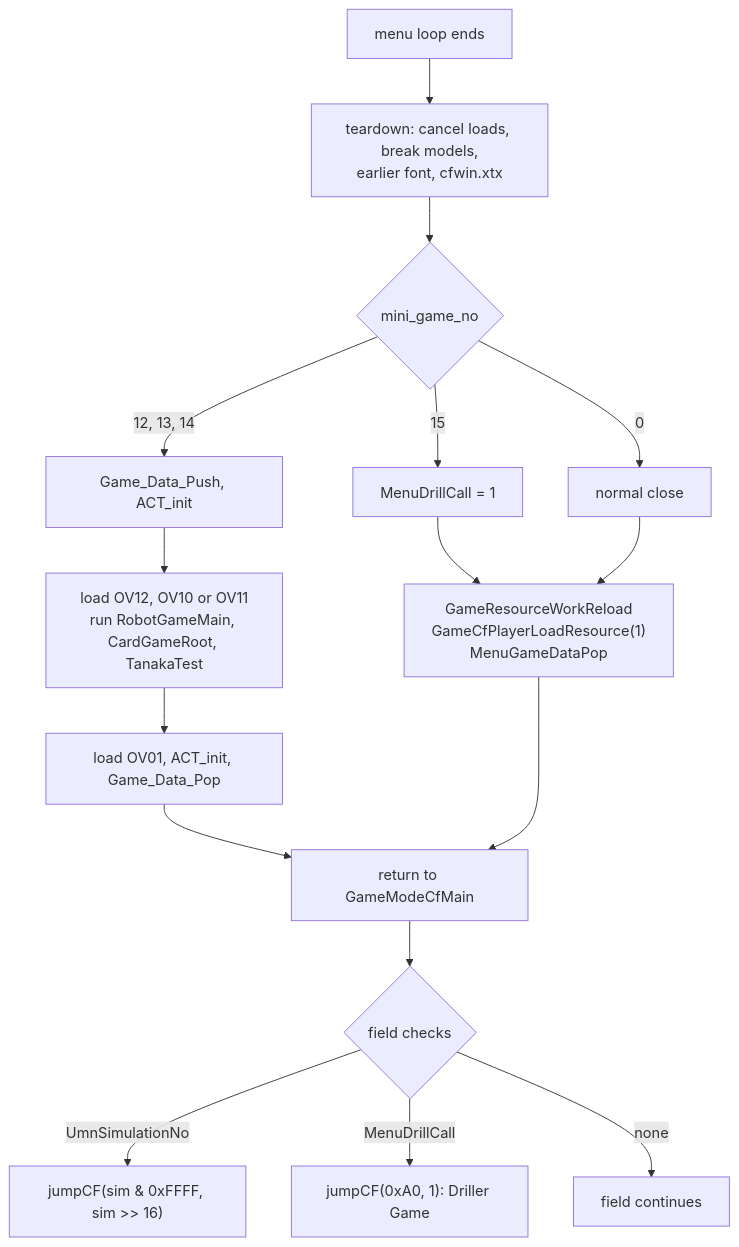
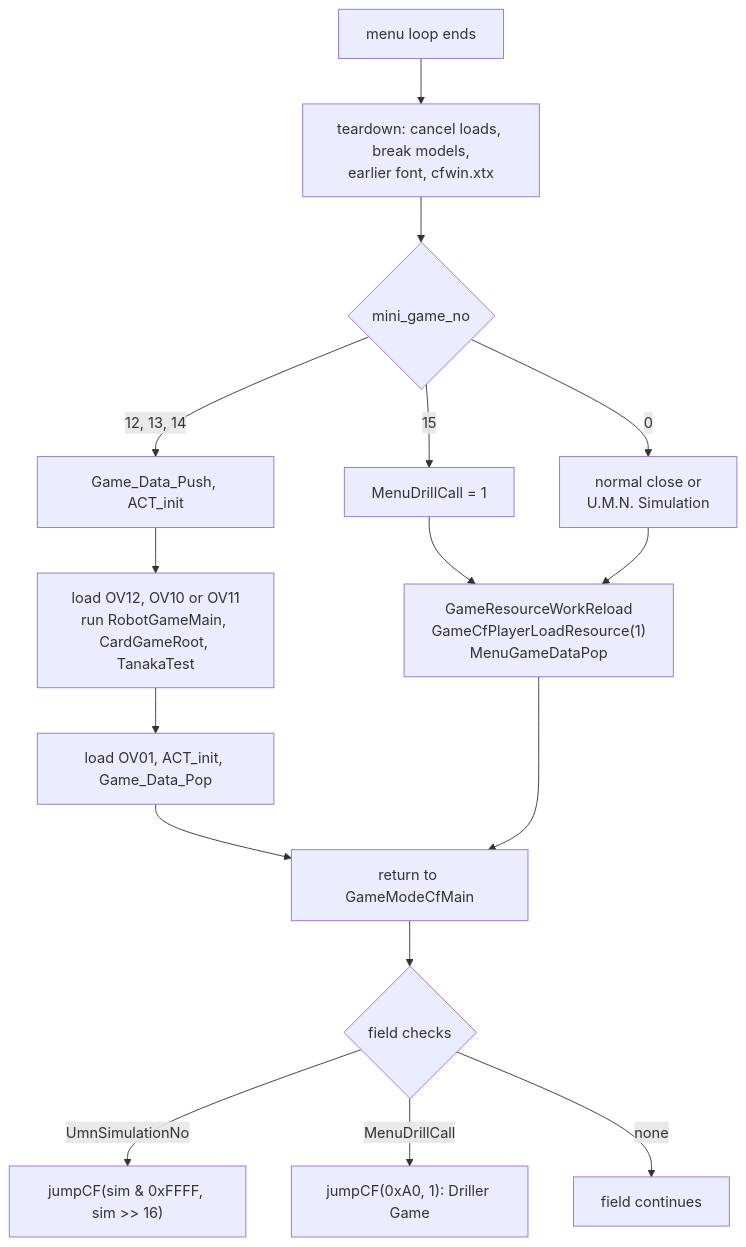
Before and after one commit to OpokXeno/xsg-i-decomp: the ninth of 10 diagrams in documentation/game/main-menu.md, drawn with Mermaid. The commit also changed other lines of this file and 41 other files, not shown here.

````diff
--- a/documentation/game/main-menu.md
+++ b/documentation/game/main-menu.md
@@ -932,18 +934,18 @@
 ```mermaid
 flowchart TD
     A[menu loop ends] --> B["teardown: cancel loads, break models,<br/>earlier font, cfwin.xtx"]
     B --> C{mini_game_no}
     C -->|12, 13, 14| D["Game_Data_Push, ACT_init"]
     D --> E["load OV12, OV10 or OV11<br/>run RobotGameMain, CardGameRoot, TanakaTest"]
     E --> F["load OV01, ACT_init, Game_Data_Pop"]
     C -->|15| G[MenuDrillCall = 1]
-    C -->|0| H[normal close]
+    C -->|0| H["normal close or<br/>U.M.N. Simulation"]
     G --> I["GameResourceWorkReload<br/>GameCfPlayerLoadResource(1)<br/>MenuGameDataPop"]
     H --> I
     F --> R[return to GameModeCfMain]
     I --> R
     R --> S{field checks}
     S -->|UmnSimulationNo| T["jumpCF(sim & 0xFFFF, sim >> 16)"]
     S -->|MenuDrillCall| U["jumpCF(0xA0, 1): Driller Game"]
     S -->|none| V[field continues]
 ```
````
